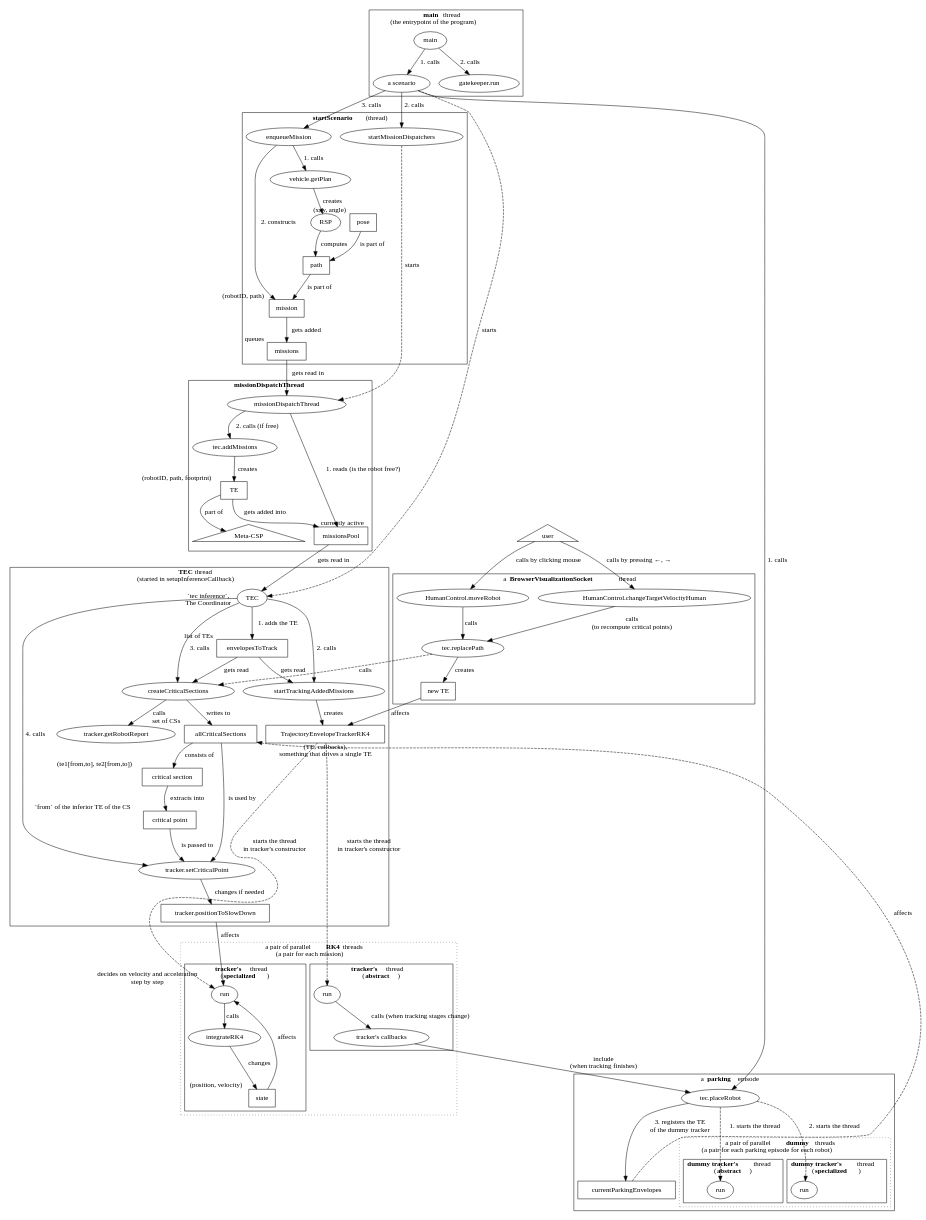
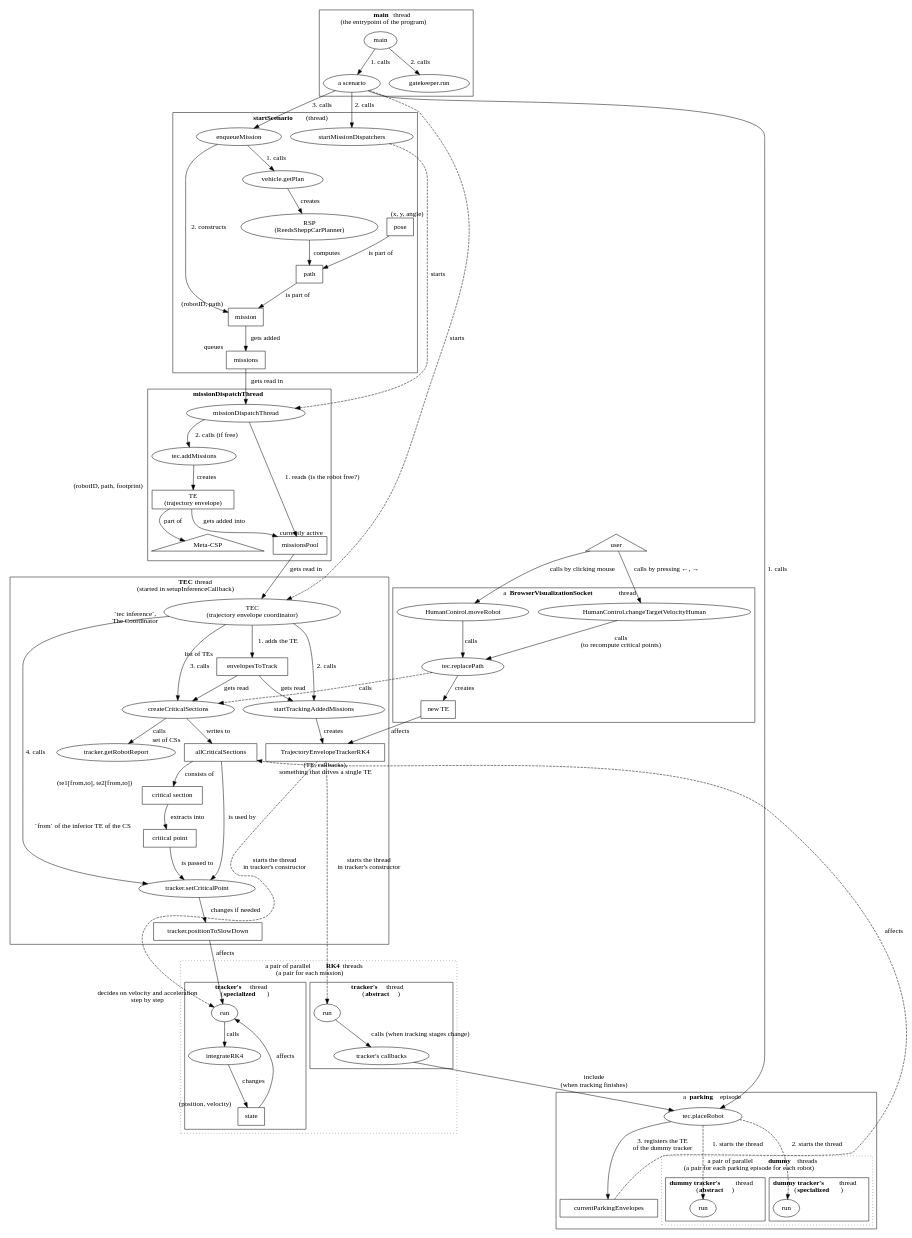
The diagram in notes/project-structure.dot (Olga-Mironenko/coordination_oru), drawn with Graphviz before and after one commit.

Commit message:
project-structure.dot: added a couple of clarifications

```diff
--- a/notes/project-structure.dot
+++ b/notes/project-structure.dot
@@ -1,180 +1,180 @@
-// TODO: move tec.placeRobot into "a parking episode" (or something like that)
 digraph {
     // Data:
     missions [shape=rect, xlabel="queues"]
     mission [shape=rect, xlabel="(robotID, path)"]
     missionsPool [shape=rect, xlabel="currently active"]
     path [shape=rect]
     pose [shape=rect, xlabel="(x, y, angle)"]
     envelopesToTrack [shape=rect, xlabel="list of TEs"]
-    TE [shape=rect, xlabel="(robotID, path, footprint)"]
+    TE [shape=rect, label="TE\n(trajectory envelope)", xlabel="(robotID, path, footprint)"]
     "new TE" [shape=rect]
     "Meta-CSP" [shape=triangle]
     user [shape=triangle]
-    TEC [xlabel="`tec inference`,\nThe Coordinator"]
+    TEC [label="TEC\n(trajectory envelope coordinator)", xlabel="`tec inference`,\nThe Coordinator"]
     allCriticalSections [shape=rect, xlabel="set of CSs"]
     "critical section" [shape=rect, xlabel="(te1[from,to], te2[from,to])"]
     "critical point" [shape=rect, xlabel="`from` of the inferior TE of the CS"]
     TrajectoryEnvelopeTrackerRK4 [shape=rect, xlabel="(TE, callbacks),\nsomething that drives a single TE"]
     "tracker.run" [xlabel="decides on velocity and acceleration\nstep by step"]
     state [shape=rect, xlabel="(position, velocity)"]
     "tracker.positionToSlowDown" [shape=rect]
     currentParkingEnvelopes [shape=rect]
+    RSP [label="RSP\n(ReedsSheppCarPlanner)"]
 
     subgraph cluster_main {
         label=<<b>main</b> thread<br/>(the entrypoint of the program)>
 
         "main" -> "a scenario" [label="1. calls"]
         "main" -> "gatekeeper.run" [label="2. calls"]
     }
 
     subgraph cluster_startScenario {
         label=<<b>startScenario</b> (thread)>
 
         "a scenario" -> startMissionDispatchers [label="2. calls"]
         "a scenario" -> enqueueMission [label="3. calls"]
         enqueueMission -> "vehicle.getPlan" [label="1. calls"]
         "vehicle.getPlan" -> RSP [label="creates"]
         RSP -> path [label="computes"]
         path -> mission [label="is part of"]
         pose -> path [label="is part of"]
         enqueueMission -> mission [label="2. constructs"]
         mission -> missions [label="gets added"]
     }
 
     subgraph cluster_missionDispatchThread {
         label=<<b>missionDispatchThread</b>>
 
         missions -> missionDispatchThread [label="gets read in"]
         startMissionDispatchers -> missionDispatchThread [label="starts", style=dashed]
         missionDispatchThread -> "missionsPool" [label="1. reads (is the robot free?)"]
         missionDispatchThread -> "tec.addMissions" [label="2. calls (if free)"]
         "tec.addMissions" -> TE [label="creates"]
         TE -> missionsPool [label="gets added into"]
         TE -> "Meta-CSP" [label="part of"]
     }
 
     subgraph cluster_TEC {
         label=<<b>TEC</b> thread<br/>(started in setupInferenceCallback)>
 
         "a scenario" -> TEC [label="starts", constraint=false, style=dashed]
         missionsPool -> TEC [label="gets read in"]
         TEC -> envelopesToTrack [label="1. adds the TE"]
         TEC -> startTrackingAddedMissions [label="2. calls"]
         TEC -> createCriticalSections [label="3. calls"]
         TEC -> "tracker.setCriticalPoint" [label="4. calls"]
         envelopesToTrack -> createCriticalSections [label="gets read"]
         envelopesToTrack -> startTrackingAddedMissions [label="gets read"]
 
         createCriticalSections -> allCriticalSections [label="writes to"]
         startTrackingAddedMissions -> TrajectoryEnvelopeTrackerRK4 [label="creates"]
 
         createCriticalSections -> "tracker.getRobotReport" [label="calls"]
         allCriticalSections -> "tracker.setCriticalPoint" [label="is used by"]
         allCriticalSections -> "critical section" [label="consists of"]
         "critical section" -> "critical point" [label="extracts into"]
         "critical point" -> "tracker.setCriticalPoint" [label="is passed to"]
         "tracker.setCriticalPoint" -> "tracker.positionToSlowDown" [label="changes if needed"]
     }
 
     subgraph cluster_tracker_threads {
         label=<a pair of parallel <b>RK4</b> threads<br/>(a pair for each mission)>
         graph [style=dotted]
 
         subgraph cluster_tracker_RK4 {
             label=<<b>tracker's</b> thread<br/>(<b>specialized</b>)>
             graph [style=solid]
 
             "tracker.run" [label="run"]
             TrajectoryEnvelopeTrackerRK4 -> "tracker.run" [label="starts the thread\nin tracker's constructor", constraint=false, style=dashed]
             state -> "tracker.run" [label="affects"]
             "tracker.positionToSlowDown" -> "tracker.run" [label="affects"]
             "tracker.run" -> integrateRK4 [label="calls"]
             integrateRK4 -> state [label="changes"]
         }
 
         subgraph cluster_tracker_abstract {
         label=<<b>tracker's</b> thread<br/>(<b>abstract</b>)>
             graph [style=solid]
 
             "(abstract) tracker.run" [label="run"]
             TrajectoryEnvelopeTrackerRK4 -> "(abstract) tracker.run" [label="starts the thread\nin tracker's constructor", style=dashed]
             "(abstract) tracker.run" -> "tracker's callbacks" [label="calls (when tracking stages change)"]
         }
     }
 
     subgraph cluster_parking {
         label=<a <b>parking</b> episode>
 
         "a scenario" -> "tec.placeRobot" [label="1. calls"]
         "tracker's callbacks" -> "tec.placeRobot" [label="include\n(when tracking finishes)"]
 
         "tec.placeRobot" -> "(dummy, abstract) tracker.run" [label="1. starts the thread", style=dashed]
         "tec.placeRobot" -> "(dummy) tracker.run" [label="2. starts the thread", style=dashed]
 
         "tec.placeRobot" -> currentParkingEnvelopes [label="3. registers the TE\nof the dummy tracker"]
         currentParkingEnvelopes -> allCriticalSections [label="affects", constraint=false, style=dashed]
 
         subgraph cluster_tracker_dummy_threads {
             label=<a pair of parallel <b>dummy</b> threads<br/>(a pair for each parking episode for each robot)>
             graph [style=dotted]
 
             subgraph cluster_tracker_dummy_RK4 {
                 label=<<b>dummy tracker's</b> thread<br/>(<b>specialized</b>)>
                 graph [style=solid]
 
                 "(dummy) tracker.run" [label="run"]
             }
 
             subgraph cluster_tracker_dummy_abstract {
                 label=<<b>dummy tracker's</b> thread<br/>(<b>abstract</b>)>
                 graph [style=solid]
 
                 "(dummy, abstract) tracker.run" [label="run"]
             }
         }
     }
 
     user -> "HumanControl.moveRobot" [label="calls by clicking mouse"]
     user -> "HumanControl.changeTargetVelocityHuman" [label="calls by pressing ←, →"]
 
     subgraph cluster_visualization {
         label=<a <b>BrowserVisualizationSocket</b> thread>
 
         "HumanControl.moveRobot" -> "tec.replacePath" [label="calls"]
         "HumanControl.changeTargetVelocityHuman"  -> "tec.replacePath" [label="calls\n(to recompute critical points)"]
         "tec.replacePath" -> "new TE" [label="creates"]
         "tec.replacePath" -> createCriticalSections [label="calls", constraint=false, style=dashed]
         "new TE" -> TrajectoryEnvelopeTrackerRK4 [label="affects"]
     }
 }
 
 /*
 gates = {LinkedBlockingQueue@4190}    size = 12
 
 Common:
 7 = {Gate@4201} "Gate[missionDispatchThread's sleep(500)]" -- передаёт миссии от сценария координатору
 5 = {Gate@4199} "Gate[TrajectoryEnvelopeCoordinator inference's sleep(500)]" -- координатор
 6 = {Gate@4200} "Gate[Visualization update thread's sleep(30)]" -- визуализация (передача данных в браузер)
 8 = {Gate@4202} "Gate[forcing thread's sleep(100)]" -- конкретно в GridTest
 
 Robot 0:
 4 = {Gate@4198} "Gate[Abstract tracker Robot0's sleep(100)]" -- отслеживание этапов
 3 = {Gate@4197} "Gate[RK4 tracker Robot0's sleep(100)]" -- собственно изменение этапов
     or Gate[Parking tracker Robot0's initial] -- Dummy
 
 Robot 1:
 2 = {Gate@4196} "Gate[Abstract tracker Robot1's sleep(100)]"
 1 = {Gate@4195} "Gate[RK4 tracker Robot1's sleep(100)]"
 
 Robot 2:
 0 = {Gate@4194} "Gate[Abstract tracker Robot2's sleep(100)]"
 11 = {Gate@4205} "Gate[RK4 tracker Robot2's sleep(100)]"
 
 Robot 3:
 10 = {Gate@4204} "Gate[Abstract tracker Robot3's sleep(100)]"
 9 = {Gate@4203} "Gate[RK4 tracker Robot3's sleep(100)]"
 
 
 RobotReport(te.getRobotID(), pose, currentPathIndex, state.getVelocity(), state.getPosition(), this.criticalPoint);
 */
```
